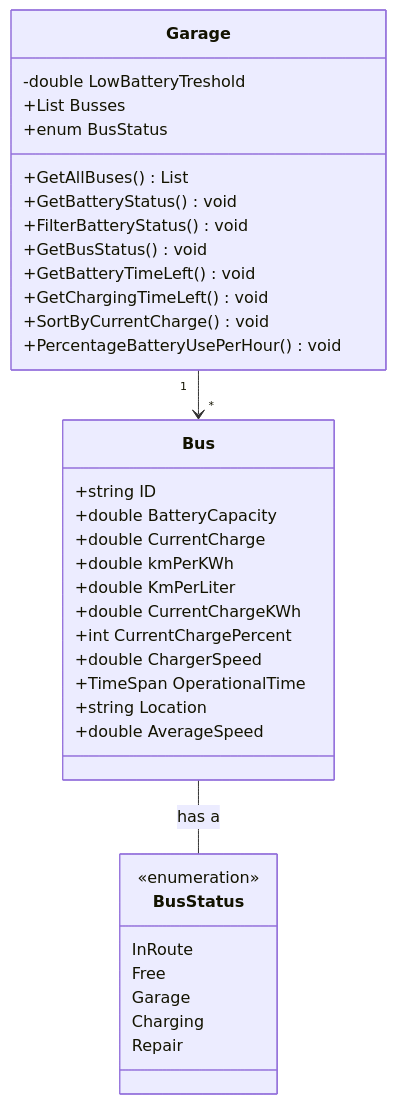
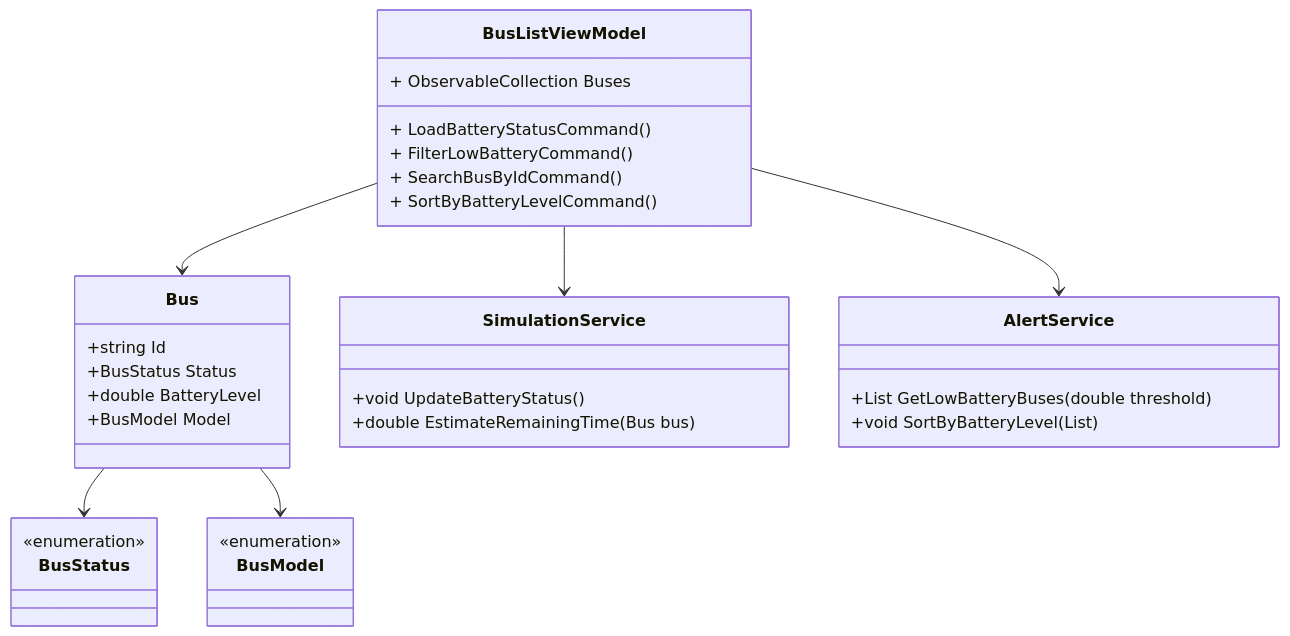
Before and after one commit to DMOof2025-Team-6/Getting-Real: the diagram in Dokumentation/Iteration 1/Use Case 2/DCD.mmd, drawn with Mermaid. The commit also changed 14 other files, not shown here.

```diff
--- a/Dokumentation/Iteration 1/Use Case 2/DCD.mmd
+++ b/Dokumentation/Iteration 1/Use Case 2/DCD.mmd
@@ -1,40 +1,40 @@
+%% DCD (Design Class Diagram) for Use Case 2
 classDiagram
+    class BusListViewModel {
+        + ObservableCollection<Bus> Buses
+        + LoadBatteryStatusCommand()
+        + FilterLowBatteryCommand()
+        + SearchBusByIdCommand()
+        + SortByBatteryLevelCommand()
+    }
+ 
     class Bus {
-        +string ID
-        +double BatteryCapacity
-        +double CurrentCharge
-        +double kmPerKWh
-        +double KmPerLiter
-        +double CurrentChargeKWh
-        +int CurrentChargePercent
-        +double ChargerSpeed
-        +TimeSpan OperationalTime
-        +string Location
-        +double AverageSpeed
+        +string Id
+        +BusStatus Status
+        +double BatteryLevel
+        +BusModel Model
+    }
+ 
+    class SimulationService {
+        +void UpdateBatteryStatus()
+        +double EstimateRemainingTime(Bus bus)
+    }
+ 
+    class AlertService {
+        +List<Bus> GetLowBatteryBuses(double threshold)
+        +void SortByBatteryLevel(List<Bus>)
     }
 
-    class Garage {
-        -double LowBatteryTreshold
-        +List<Bus> Busses
-        +enum BusStatus
-        +GetAllBuses() List<Bus>
-        +GetBatteryStatus() void
-        +FilterBatteryStatus() void
-        +GetBusStatus() void
-        +GetBatteryTimeLeft() void
-        +GetChargingTimeLeft() void
-        +SortByCurrentCharge() void
-        +PercentageBatteryUsePerHour() void
+    class BusStatus {
+        <<enumeration>>
     }
 
-    class BusStatus{
+    class BusModel {
         <<enumeration>>
-        InRoute
-        Free
-        Garage
-        Charging
-        Repair
     }
-    
-    Garage "1" --> "*" Bus
-    Bus -- BusStatus : has a
+ 
+    BusListViewModel --> Bus
+    BusListViewModel --> SimulationService
+    BusListViewModel --> AlertService
+    Bus --> BusStatus
+    Bus --> BusModel
```
